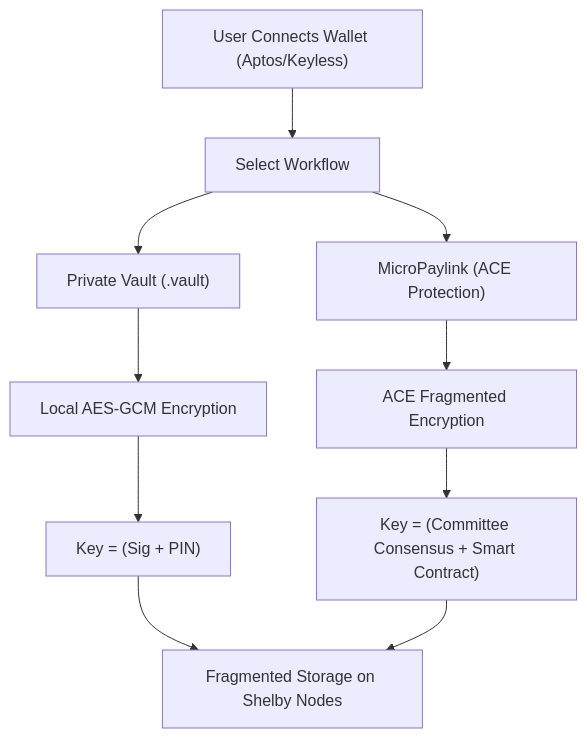
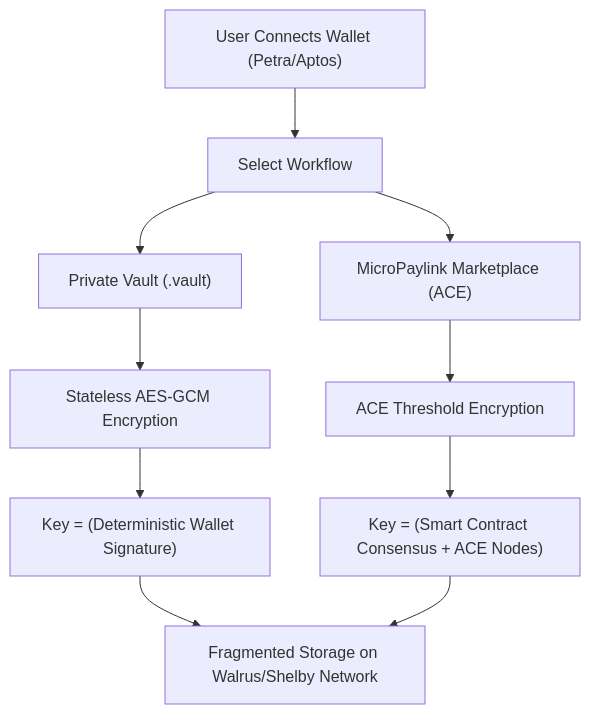
One commit to Zaynsky12/soobinvault changed the diagram in README.md. Above: the diagram before and after it, drawn with Mermaid. The commit also changed other lines of this file, not shown here.

Commit message:
docs: revamp architecture README

````diff
--- a/README.md
+++ b/README.md
@@ -36,15 +37,15 @@
 ```mermaid
 graph TD
-    A["User Connects Wallet (Aptos/Keyless)"] --> B["Select Workflow"]
+    A["User Connects Wallet (Petra/Aptos)"] --> B["Select Workflow"]
     B --> C1["Private Vault (.vault)"]
-    B --> C2["MicroPaylink (ACE Protection)"]
+    B --> C2["MicroPaylink Marketplace (ACE)"]
     
-    C1 --> D1["Local AES-GCM Encryption"]
-    D1 --> E1["Key = (Sig + PIN)"]
+    C1 --> D1["Stateless AES-GCM Encryption"]
+    D1 --> E1["Key = (Deterministic Wallet Signature)"]
     
-    C2 --> D2["ACE Fragmented Encryption"]
-    D2 --> E2["Key = (Committee Consensus + Smart Contract)"]
+    C2 --> D2["ACE Threshold Encryption"]
+    D2 --> E2["Key = (Smart Contract Consensus + ACE Nodes)"]
     
-    E1 --> F["Fragmented Storage on Shelby Nodes"]
+    E1 --> F["Fragmented Storage on Walrus/Shelby Network"]
     E2 --> F
 ```
````
